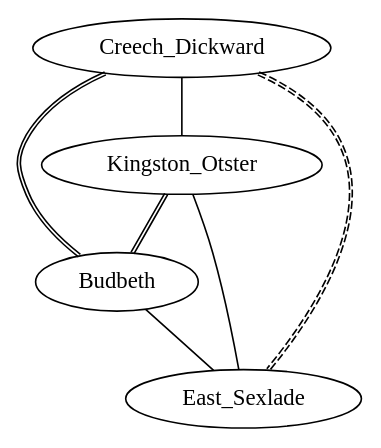
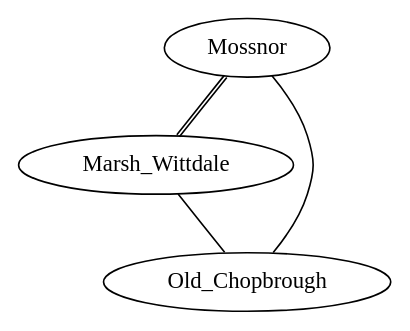
Before and after one commit to risinsilv/again: the diagram in simoutput.dot, drawn with Graphviz. The commit also changed 73 other files, not shown here.

```diff
--- a/simoutput.dot
+++ b/simoutput.dot
@@ -1,12 +1,8 @@
 graph Towns {
-    Kingston_Otster
-    Budbeth
-    Creech_Dickward
-    East_Sexlade
-    Creech_Dickward -- Budbeth [color="black:black"]
-    Kingston_Otster -- Budbeth [color="black:black"]
-    Creech_Dickward -- Kingston_Otster 
-    Budbeth -- East_Sexlade 
-    Creech_Dickward -- East_Sexlade [style="dashed",color="black:black"]
-    East_Sexlade -- Kingston_Otster 
+    Marsh_Wittdale
+    Old_Chopbrough
+    Mossnor
+    Marsh_Wittdale -- Old_Chopbrough 
+    Mossnor -- Marsh_Wittdale [color="black:black"]
+    Mossnor -- Old_Chopbrough 
 }
```
